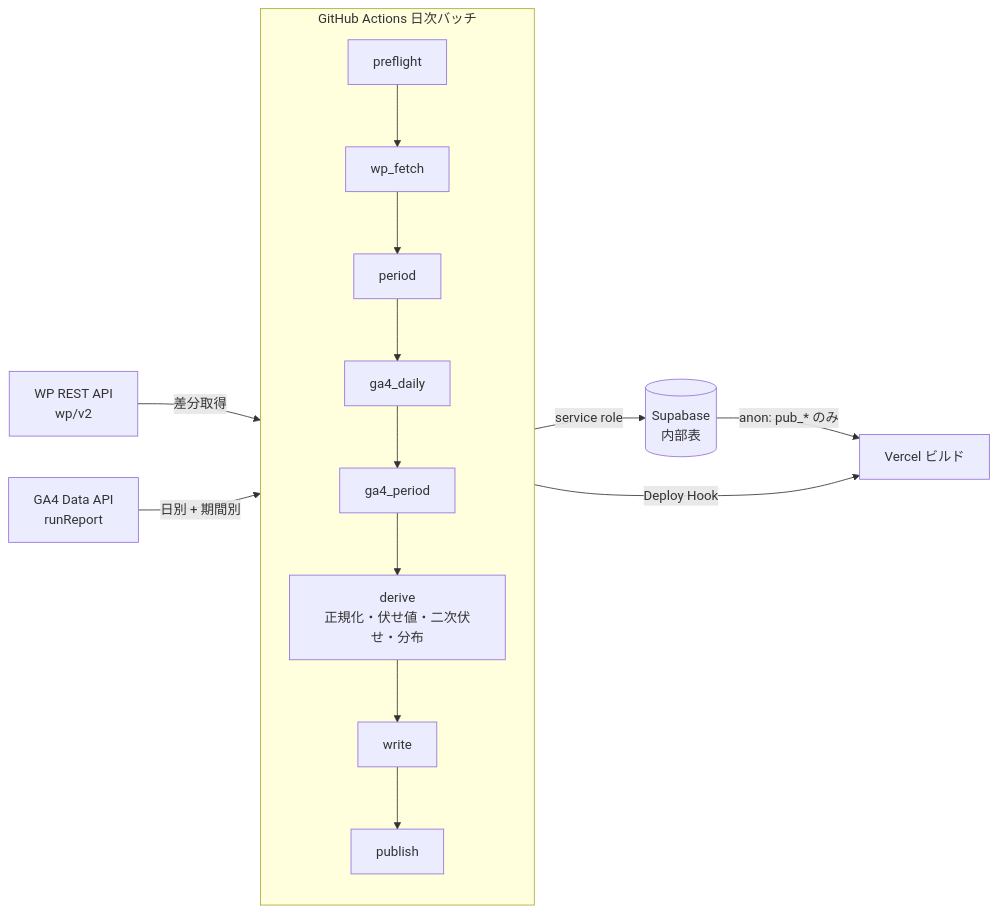
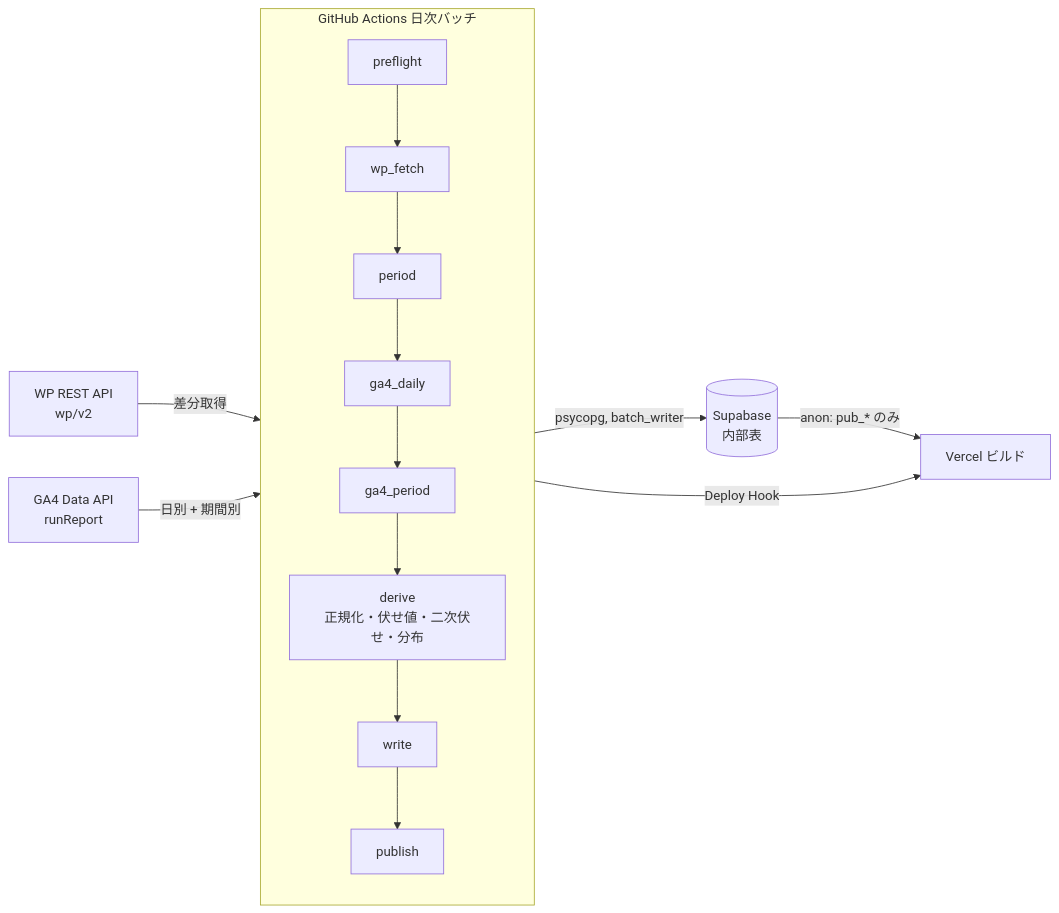
One commit to takatsu-connect/access-analyzer changed the diagram in docs/design/03_data_pipeline.md. Above: the diagram before and after it, drawn with Mermaid. The commit also changed other lines of this file and 13 other files, not shown here.

````diff
--- a/docs/design/03_data_pipeline.md
+++ b/docs/design/03_data_pipeline.md
@@ -27,12 +28,12 @@
 ```mermaid
 flowchart LR
   WP[WP REST API<br/>wp/v2] -->|差分取得| B
   GA[GA4 Data API<br/>runReport] -->|日別 + 期間別| B
   subgraph B[GitHub Actions 日次バッチ]
     direction TB
     P0[preflight] --> P1[wp_fetch] --> P2[period] --> P3[ga4_daily] --> P4[ga4_period] --> P5[derive<br/>正規化・伏せ値・二次伏せ・分布] --> P6[write] --> P7[publish]
   end
-  P6 -->|service role| SB[(Supabase<br/>内部表)]
+  P6 -->|psycopg, batch_writer| SB[(Supabase<br/>内部表)]
   P7 -->|Deploy Hook| V[Vercel ビルド]
   SB -->|anon: pub_* のみ| V
 ```
````
